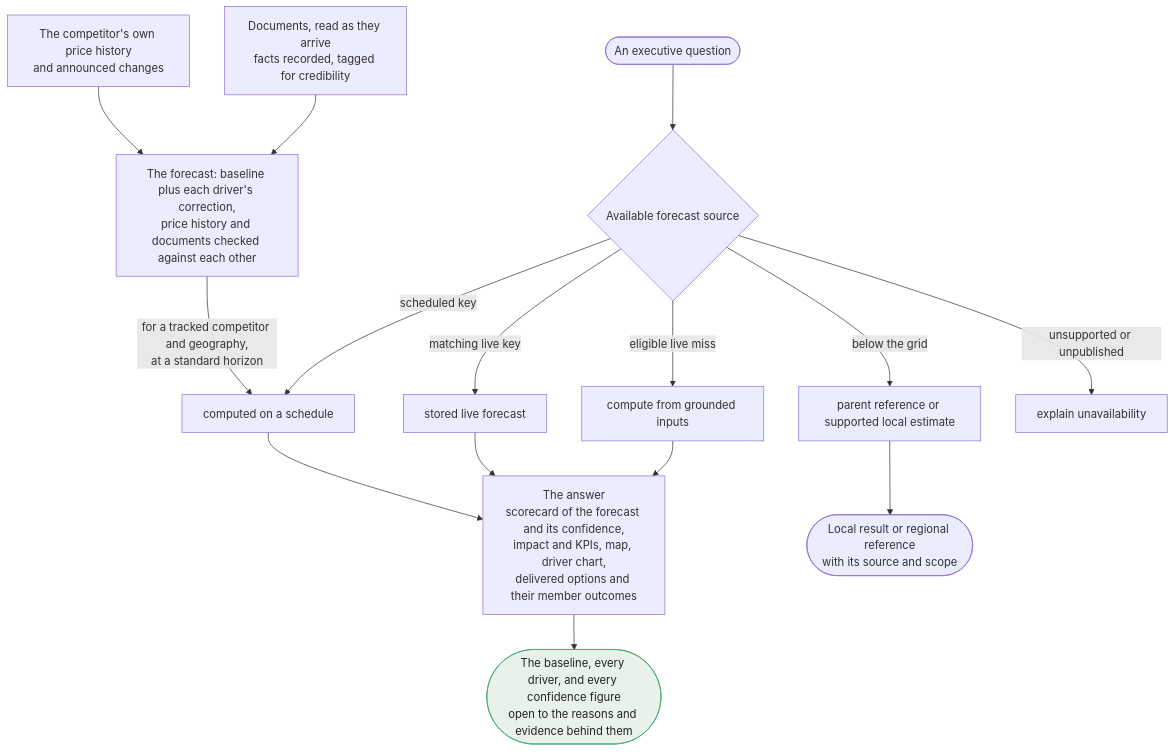
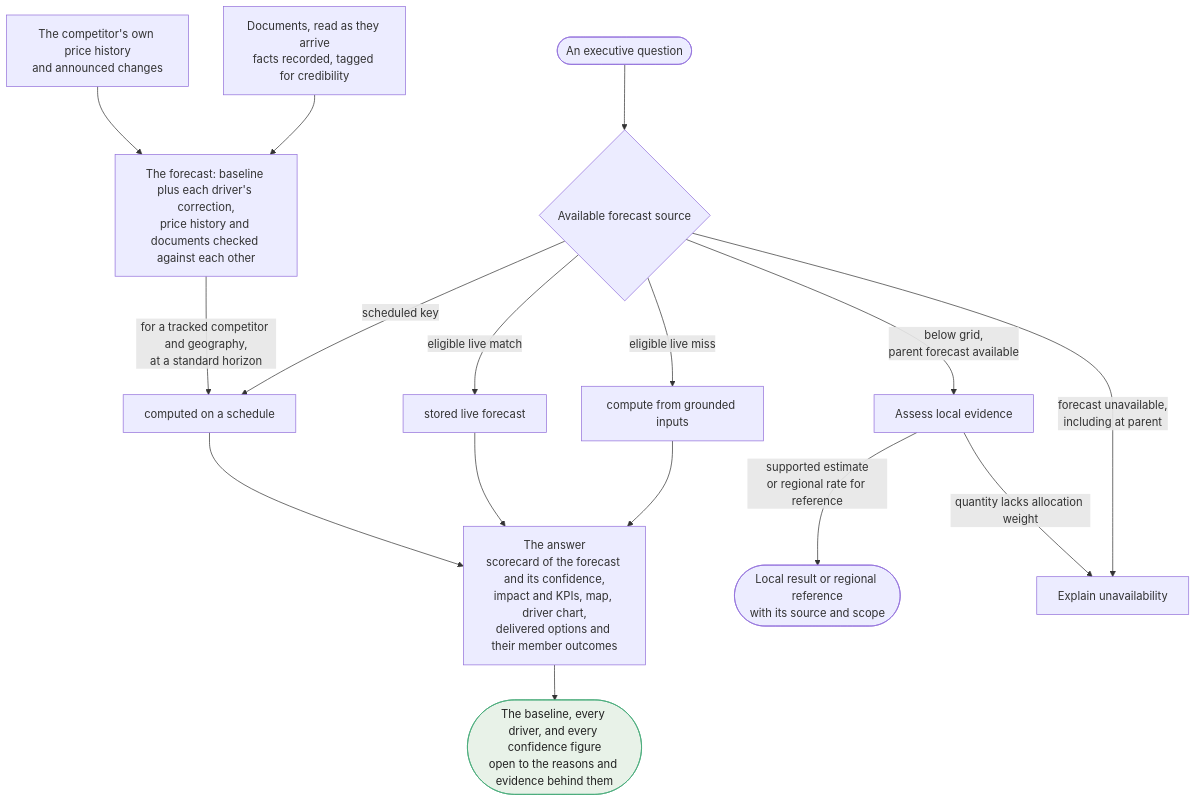
Before and after one commit to billy-atkins/price-horizon: the second of 4 diagrams in specs/application/product/architecture.md, drawn with Mermaid. The commit also changed other lines of this file and 14 other files, not shown here.

Commit message:
Align forecast eligibility, evidence and access across application specs

````diff
--- a/specs/application/product/architecture.md
+++ b/specs/application/product/architecture.md
@@ -134,28 +134,29 @@
 ```mermaid
 ---
 config:
   layout: dagre
 ---
 flowchart TD
     HIST["The competitor's own price history<br/>and announced changes"]
     DOCS["Documents, read as they arrive<br/>facts recorded, tagged for credibility"]
     HIST --> BUILD
     DOCS --> BUILD
     BUILD["The forecast: baseline plus each driver's correction,<br/>price history and documents checked against each other"]
     BUILD -->|"for a tracked competitor and geography,<br/>at a standard horizon"| BUILT["computed on a schedule"]
     Q(["An executive question"]) --> SELECT{"Available forecast source"}
     SELECT -->|"scheduled key"| BUILT
-    SELECT -->|"matching live key"| REUSE["stored live forecast"]
+    SELECT -->|"eligible live match"| REUSE["stored live forecast"]
     SELECT -->|"eligible live miss"| LIVE["compute from grounded inputs"]
-    SELECT -->|"below the grid"| PARENT["parent reference or supported local estimate"]
-    SELECT -->|"unsupported or unpublished"| NA["explain unavailability"]
+    SELECT -->|"below grid,<br/>parent forecast available"| PARENT["Assess local evidence"]
+    SELECT -->|"forecast unavailable,<br/>including at parent"| NA["Explain unavailability"]
     BUILT --> ANS
     REUSE --> ANS
     LIVE --> ANS
-    PARENT --> LOCAL(["Local result or regional reference<br/>with its source and scope"])
+    PARENT -->|"supported estimate<br/>or regional rate for reference"| LOCAL(["Local result or regional reference<br/>with its source and scope"])
+    PARENT -->|"quantity lacks allocation weight"| NA
     ANS["The answer<br/>scorecard of the forecast and its confidence,<br/>impact and KPIs, map, driver chart,<br/>delivered options and their member outcomes"]
     ANS --> WHY(["The baseline, every driver, and every confidence figure<br/>open to the reasons and evidence behind them"])
 
     classDef done fill:#e8f2e8,stroke:#4a7,color:#222
     class WHY done
 ```
````
